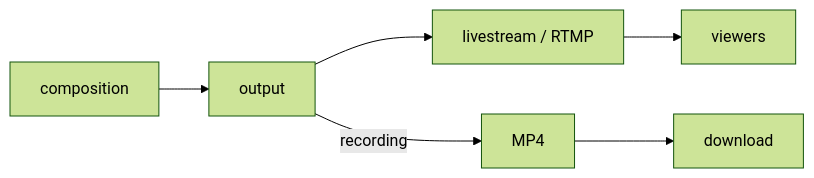
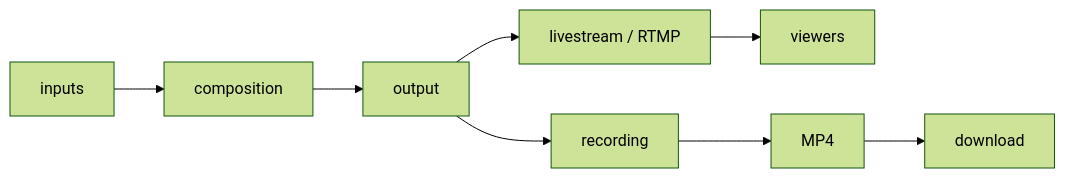
The second of 2 diagrams in docs/explanation/recordings.mdx (fishjam-cloud/documentation), drawn with Mermaid (forest theme) before and after one commit.

Commit message:
fix diagrams

````diff
--- a/docs/explanation/recordings.mdx
+++ b/docs/explanation/recordings.mdx
@@ -37,8 +37,10 @@
 ```mermaid
 flowchart LR
-    Composition[composition] --> Output[output]
+    Inputs[inputs] --> Composition[composition]
+    Composition --> Output[output]
     Output --> Livestream[livestream / RTMP]
     Livestream --> Viewers[viewers]
-    Output -- recording --> MP4[MP4]
+    Output --> Recording[recording]
+    Recording --> MP4[MP4]
     MP4 --> Download[download]
 ```
````
